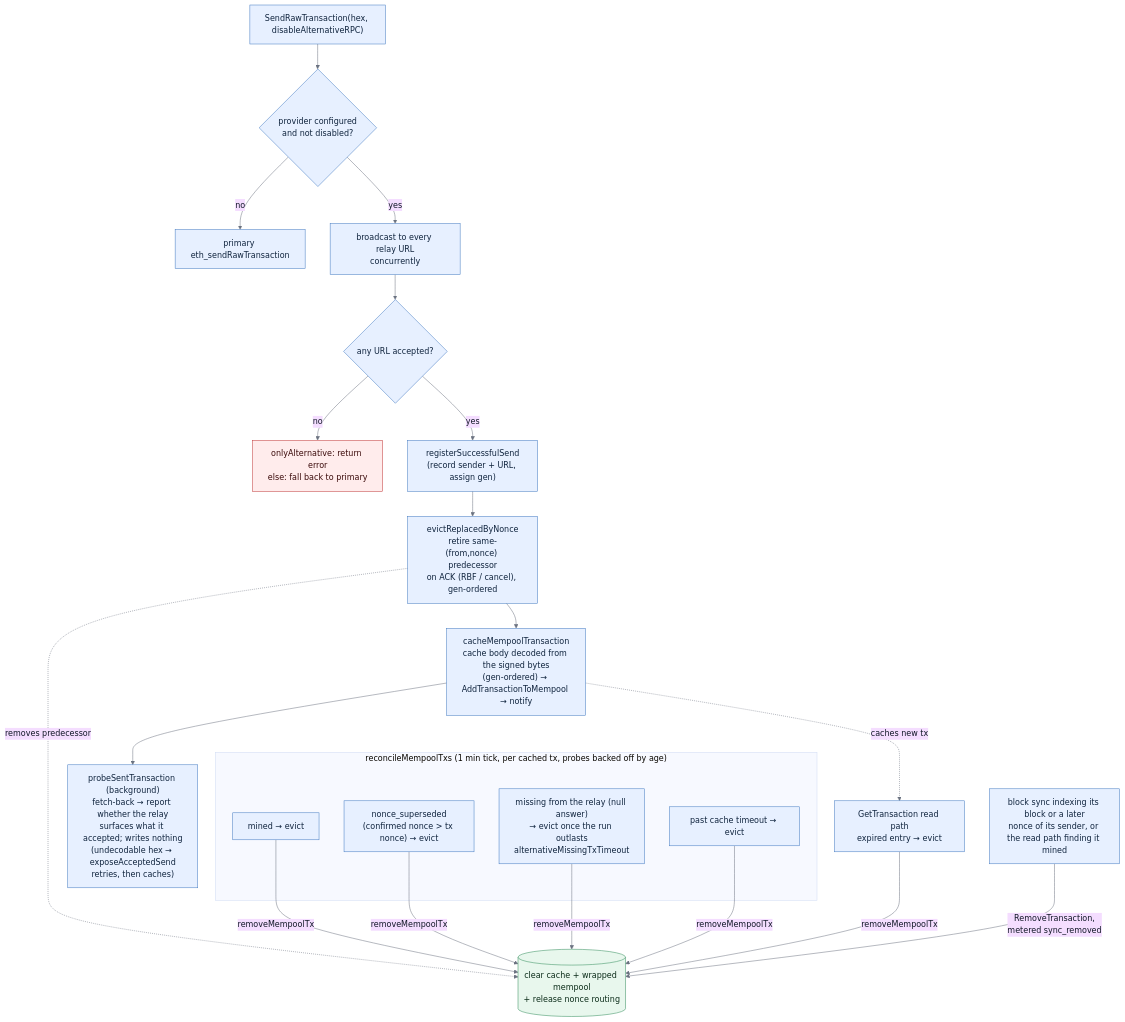
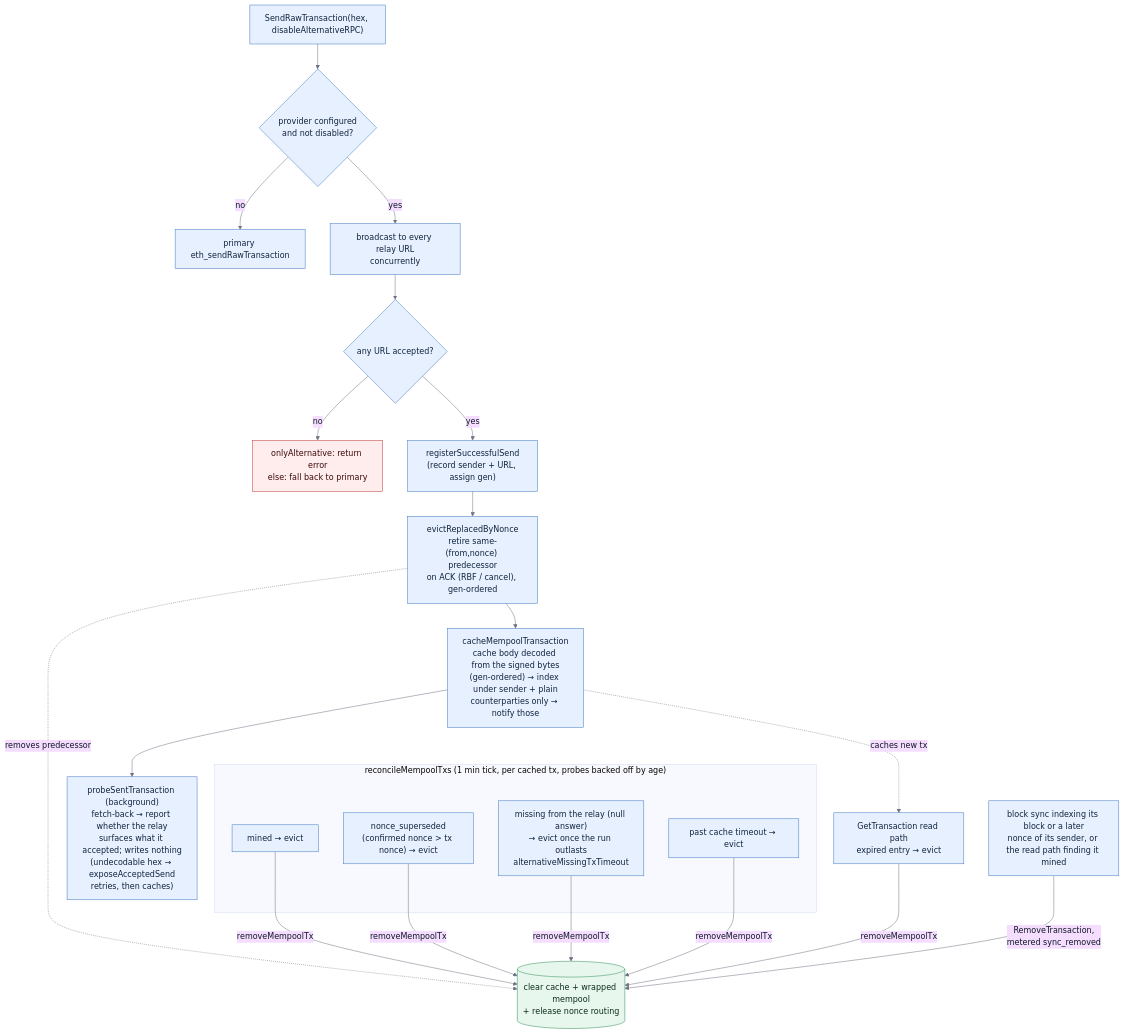
The diagram in docs/evm-send.md (trezor/blockbook), drawn with Mermaid before and after one commit. The commit also changed other lines of this file and 10 other files, not shown here.

````diff
--- a/docs/evm-send.md
+++ b/docs/evm-send.md
@@ -19,46 +19,46 @@
 ```mermaid
 %%{init: {"theme": "base", "themeVariables": {"lineColor": "#6b7280", "primaryTextColor": "#111827"}}}%%
 flowchart TD
     send["SendRawTransaction(hex, disableAlternativeRPC)"]
     route{"provider configured<br/>and not disabled?"}
     primary["primary eth_sendRawTransaction"]
     relay["broadcast to every relay URL<br/>concurrently"]
     acc{"any URL accepted?"}
     reject["onlyAlternative: return error<br/>else: fall back to primary"]
     reg["registerSuccessfulSend<br/>(record sender + URL, assign gen)"]
     evict["evictReplacedByNonce<br/>retire same-(from,nonce) predecessor<br/>on ACK (RBF / cancel), gen-ordered"]
-    cache["cacheMempoolTransaction<br/>cache body decoded from the signed bytes<br/>(gen-ordered) → AddTransactionToMempool → notify"]
+    cache["cacheMempoolTransaction<br/>cache body decoded from the signed bytes<br/>(gen-ordered) → index under sender + plain<br/>counterparties only → notify those"]
     handle["probeSentTransaction (background)<br/>fetch-back → report whether the relay<br/>surfaces what it accepted; writes nothing<br/>(undecodable hex → exposeAcceptedSend<br/>retries, then caches)"]
 
     subgraph rec ["reconcileMempoolTxs (1 min tick, per cached tx, probes backed off by age)"]
         mined["mined → evict"]
         super["nonce_superseded<br/>(confirmed nonce > tx nonce) → evict"]
         miss["missing from the relay (null answer)<br/>→ evict once the run outlasts<br/>alternativeMissingTxTimeout"]
         to["past cache timeout → evict"]
     end
 
     readpath["GetTransaction read path<br/>expired entry → evict"]
     syncrm["block sync indexing its block or a later<br/>nonce of its sender, or the read path finding it mined"]
     remove[("clear cache + wrapped mempool<br/>+ release nonce routing")]
 
     send --> route
     route -- "no" --> primary
     route -- "yes" --> relay --> acc
     acc -- "no" --> reject
     acc -- "yes" --> reg --> evict --> cache --> handle
     evict -. removes predecessor .-> remove
     cache -. caches new tx .-> readpath
     mined -- "removeMempoolTx" --> remove
     super -- "removeMempoolTx" --> remove
     miss -- "removeMempoolTx" --> remove
     to -- "removeMempoolTx" --> remove
     readpath -- "removeMempoolTx" --> remove
     syncrm -- "RemoveTransaction,<br/>metered sync_removed" --> remove
 
     classDef normal fill:#e7f0ff,stroke:#4078c0,color:#10243e;
     classDef store fill:#e8f7ed,stroke:#2e8b57,color:#0b2c19;
     classDef error fill:#ffecec,stroke:#c03535,color:#3b0a0a;
     class send,route,relay,acc,reg,evict,cache,handle,mined,super,miss,to,readpath,syncrm,primary normal;
     class remove store;
     class reject error;
 ```
````
